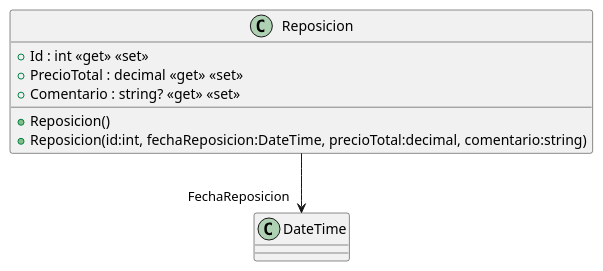
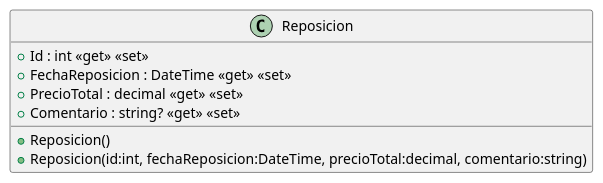
One commit to ISII2627LosGremlins/ISII2627LosGremlins changed the diagram in src/AppForSEII.API/ClassDiagram/Reposicion.puml. Above: the diagram before and after it, drawn with PlantUML. The commit also changed 14 other files, not shown here.

```diff
--- a/src/AppForSEII.API/ClassDiagram/Reposicion.puml
+++ b/src/AppForSEII.API/ClassDiagram/Reposicion.puml
@@ -1,10 +1,10 @@
 @startuml
 class Reposicion {
     + Reposicion()
     + Reposicion(id:int, fechaReposicion:DateTime, precioTotal:decimal, comentario:string)
     + Id : int <<get>> <<set>>
+    + FechaReposicion : DateTime <<get>> <<set>>
     + PrecioTotal : decimal <<get>> <<set>>
     + Comentario : string? <<get>> <<set>>
 }
-Reposicion --> "FechaReposicion" DateTime
 @enduml
```
